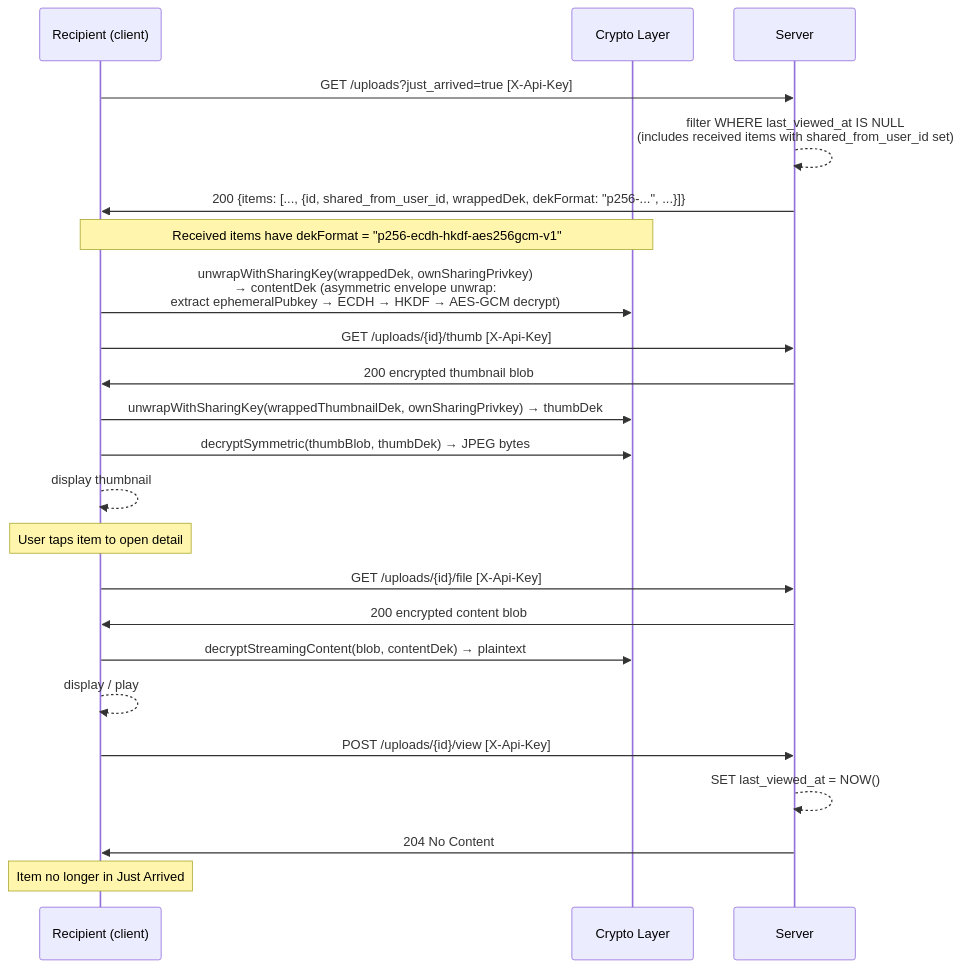
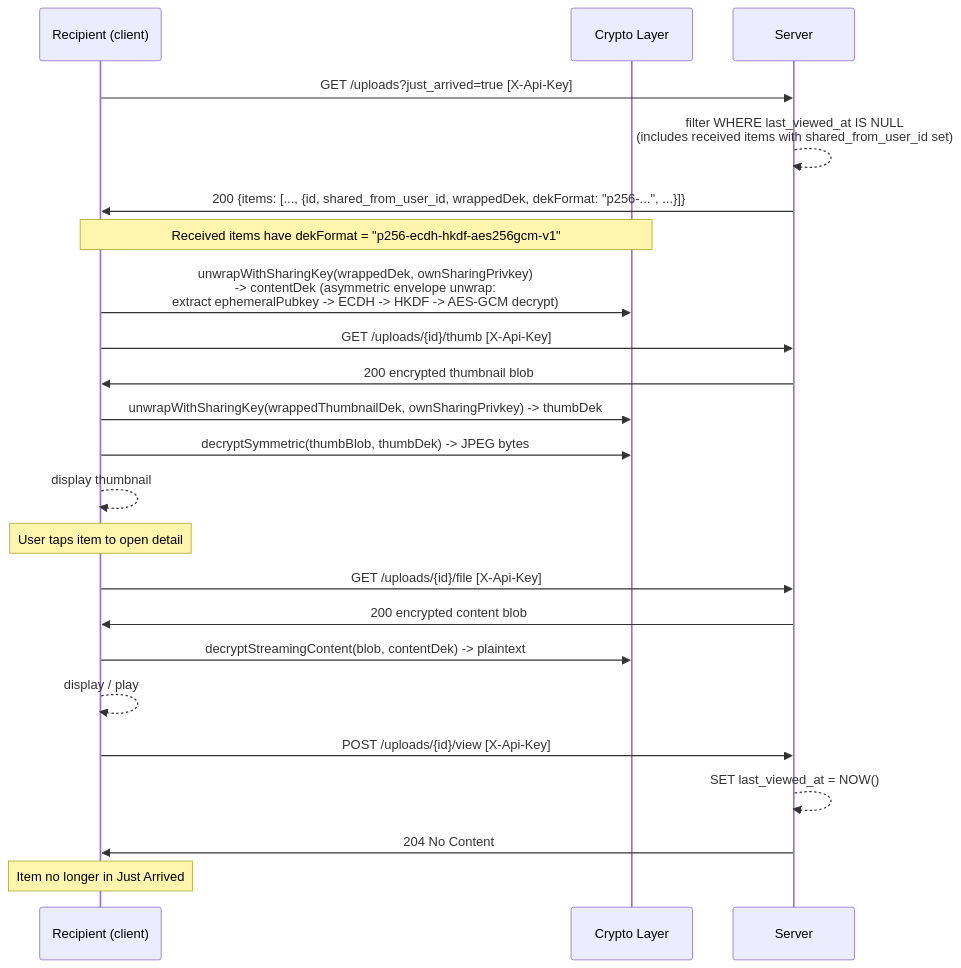
Before and after one commit to bacalv/Heirlooms: the second of 4 diagrams in docs/specs/sending-receiving.md, drawn with Mermaid. The commit also changed other lines of this file and 9 other files, not shown here.

First line of the commit message:
docs: fix Mermaid v11 syntax across all spec and testing diagrams

````diff
--- a/docs/specs/sending-receiving.md
+++ b/docs/specs/sending-receiving.md
@@ -66,31 +66,31 @@
 ```mermaid
 sequenceDiagram
     participant Recipient as Recipient (client)
     participant C as Crypto Layer
     participant S as Server
 
     Recipient->>S: GET /uploads?just_arrived=true [X-Api-Key]
     S-->>S: filter WHERE last_viewed_at IS NULL<br/>(includes received items with shared_from_user_id set)
     S->>Recipient: 200 {items: [..., {id, shared_from_user_id, wrappedDek, dekFormat: "p256-...", ...}]}
 
     Note over Recipient,C: Received items have dekFormat = "p256-ecdh-hkdf-aes256gcm-v1"
-    Recipient->>C: unwrapWithSharingKey(wrappedDek, ownSharingPrivkey)<br/>→ contentDek (asymmetric envelope unwrap:<br/>   extract ephemeralPubkey → ECDH → HKDF → AES-GCM decrypt)
+    Recipient->>C: unwrapWithSharingKey(wrappedDek, ownSharingPrivkey)<br/>-> contentDek (asymmetric envelope unwrap:<br/>   extract ephemeralPubkey -> ECDH -> HKDF -> AES-GCM decrypt)
 
     Recipient->>S: GET /uploads/{id}/thumb [X-Api-Key]
     S->>Recipient: 200 encrypted thumbnail blob
 
-    Recipient->>C: unwrapWithSharingKey(wrappedThumbnailDek, ownSharingPrivkey) → thumbDek
-    Recipient->>C: decryptSymmetric(thumbBlob, thumbDek) → JPEG bytes
+    Recipient->>C: unwrapWithSharingKey(wrappedThumbnailDek, ownSharingPrivkey) -> thumbDek
+    Recipient->>C: decryptSymmetric(thumbBlob, thumbDek) -> JPEG bytes
     Recipient-->>Recipient: display thumbnail
 
     Note over Recipient: User taps item to open detail
     Recipient->>S: GET /uploads/{id}/file [X-Api-Key]
     S->>Recipient: 200 encrypted content blob
-    Recipient->>C: decryptStreamingContent(blob, contentDek) → plaintext
+    Recipient->>C: decryptStreamingContent(blob, contentDek) -> plaintext
     Recipient-->>Recipient: display / play
 
     Recipient->>S: POST /uploads/{id}/view [X-Api-Key]
     S-->>S: SET last_viewed_at = NOW()
     S->>Recipient: 204 No Content
     Note over Recipient: Item no longer in Just Arrived
 ```
````
